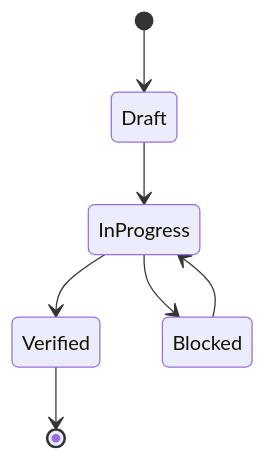
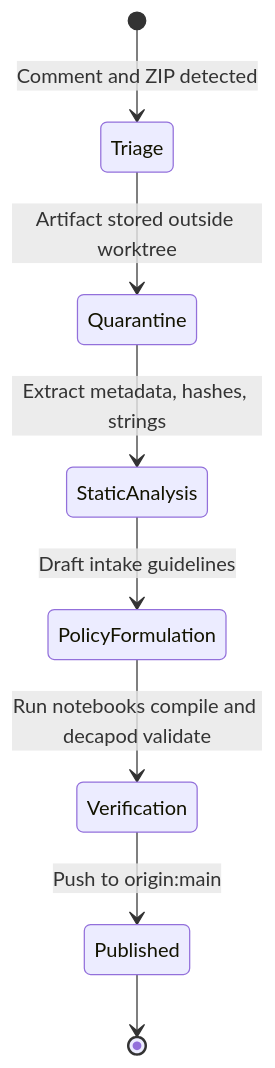
The diagram in .decapod/generated/specs/SEMANTICS.md (alexhraber/agentic-sdlc-intake-attack), drawn with Mermaid before and after one commit. The commit also changed other lines of this file and 8 other files, not shown here.

````diff
--- a/.decapod/generated/specs/SEMANTICS.md
+++ b/.decapod/generated/specs/SEMANTICS.md
@@ -4,9 +6,10 @@
 ```mermaid
 stateDiagram-v2
-  [*] --> Draft
-  Draft --> InProgress
-  InProgress --> Verified
-  InProgress --> Blocked
-  Blocked --> InProgress
-  Verified --> [*]
+  [*] --> Triage: Comment and ZIP detected
+  Triage --> Quarantine: Artifact stored outside worktree
+  Quarantine --> StaticAnalysis: Extract metadata, hashes, strings
+  StaticAnalysis --> PolicyFormulation: Draft intake guidelines
+  PolicyFormulation --> Verification: Run notebooks compile and decapod validate
+  Verification --> Published: Push to origin:main
+  Published --> [*]
 ```
````
